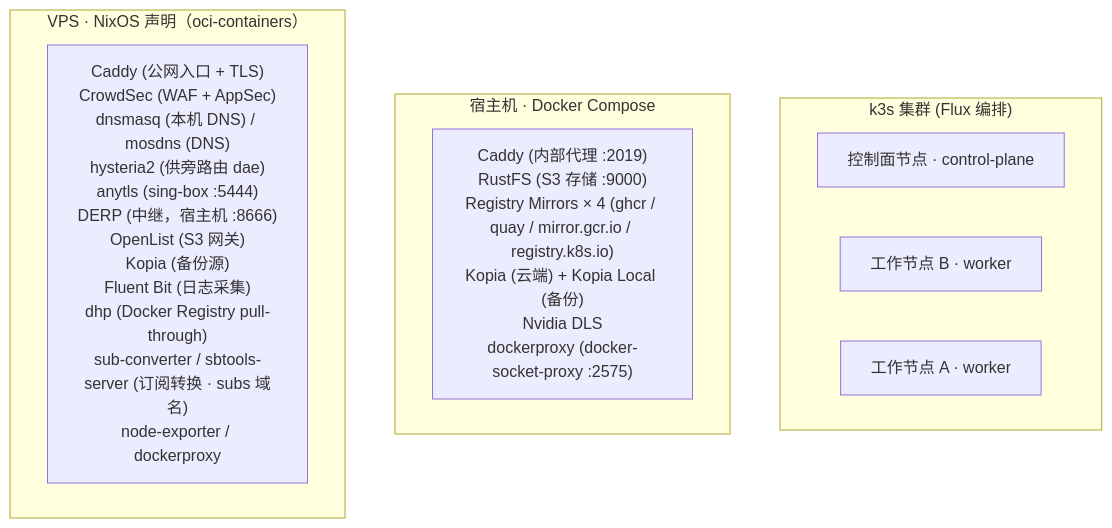
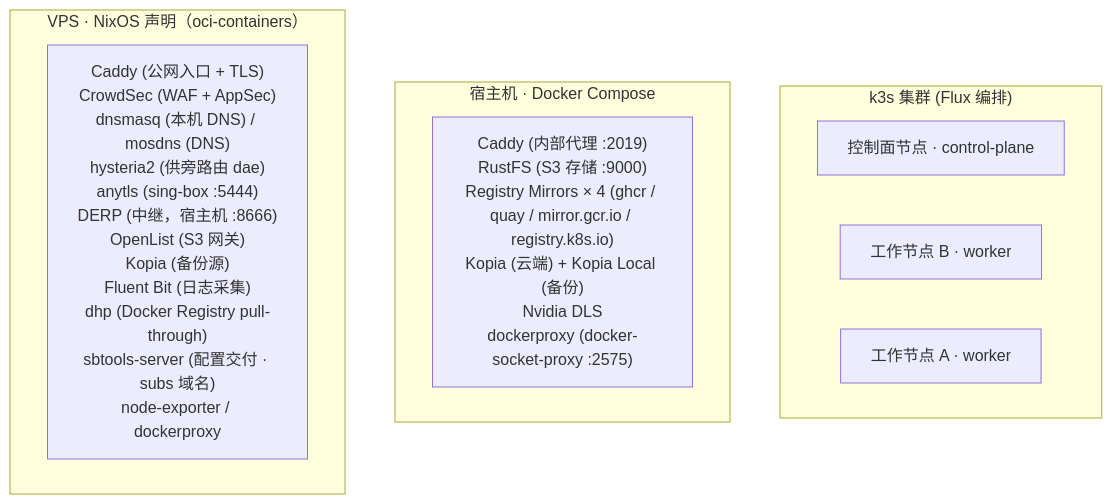
The third of 8 diagrams in docs/ARCHITECTURE.md (shelken/home-ops), drawn with Mermaid before and after one commit. The commit also changed other lines of this file, not shown here.

First line of the commit message:
docs(architecture): 移除已停用的 sub-converter (#1795)

````diff
--- a/docs/ARCHITECTURE.md
+++ b/docs/ARCHITECTURE.md
@@ -130,32 +130,32 @@
 ```mermaid
 graph TB
     subgraph K3S["k3s 集群 (Flux 编排)"]
         NODE_SAKA["控制面节点 · control-plane"]
         NODE_H1["工作节点 B · worker"]
         NODE_YUUKO["工作节点 A · worker"]
     end
 
     subgraph COMPOSE_SAKA["宿主机 · Docker Compose"]
         CD_SAKA["Caddy (内部代理 :2019)
 RustFS (S3 存储 :9000)
 Registry Mirrors × 4 (ghcr / quay / mirror.gcr.io / registry.k8s.io)
 Kopia (云端) + Kopia Local (备份)
 Nvidia DLS
 dockerproxy (docker-socket-proxy :2575)"]
     end
 
     subgraph NIXOS_VPS["VPS · NixOS 声明（oci-containers）"]
         CD_VPS["Caddy (公网入口 + TLS)
 CrowdSec (WAF + AppSec)
 dnsmasq (本机 DNS) / mosdns (DNS)
 hysteria2 (供旁路由 dae)
 anytls (sing-box :5444)
 DERP (中继，宿主机 :8666)
 OpenList (S3 网关)
 Kopia (备份源)
 Fluent Bit (日志采集)
 dhp (Docker Registry pull-through)
-sub-converter / sbtools-server (订阅转换 · subs 域名)
+sbtools-server (配置交付 · subs 域名)
 node-exporter / dockerproxy"]
     end
 ```
````
